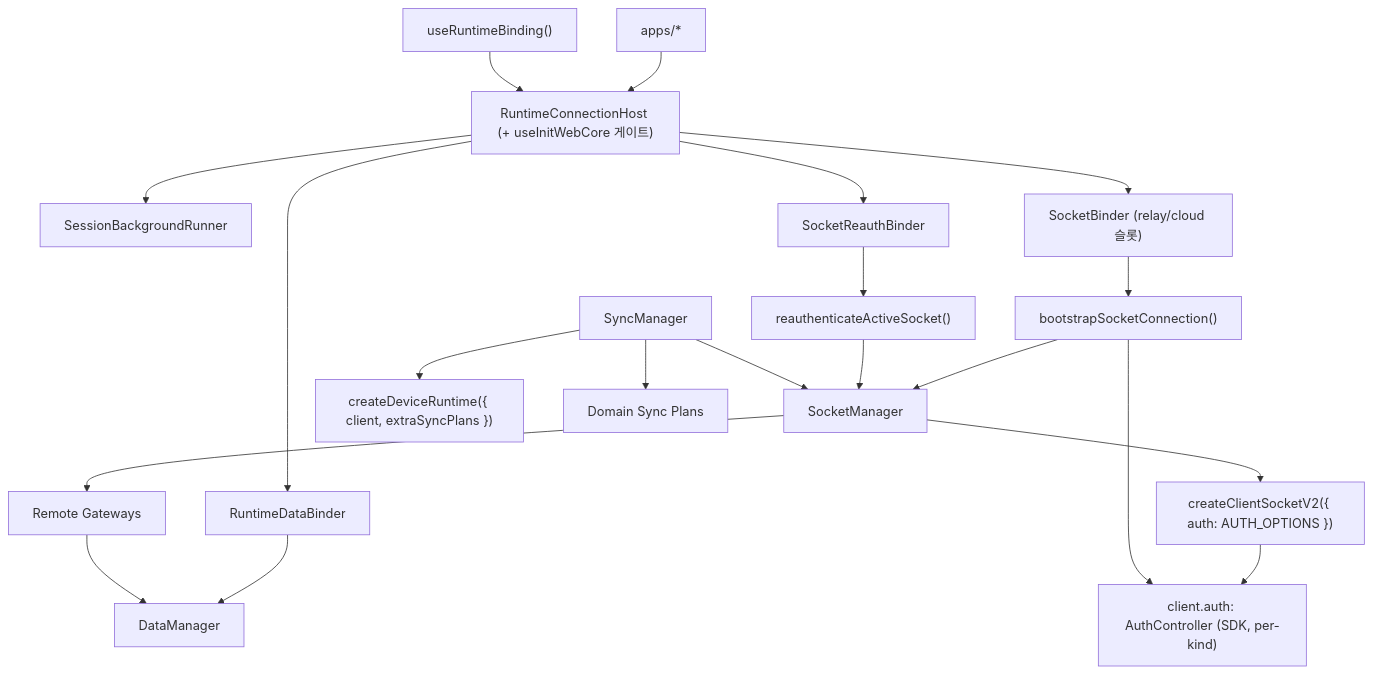
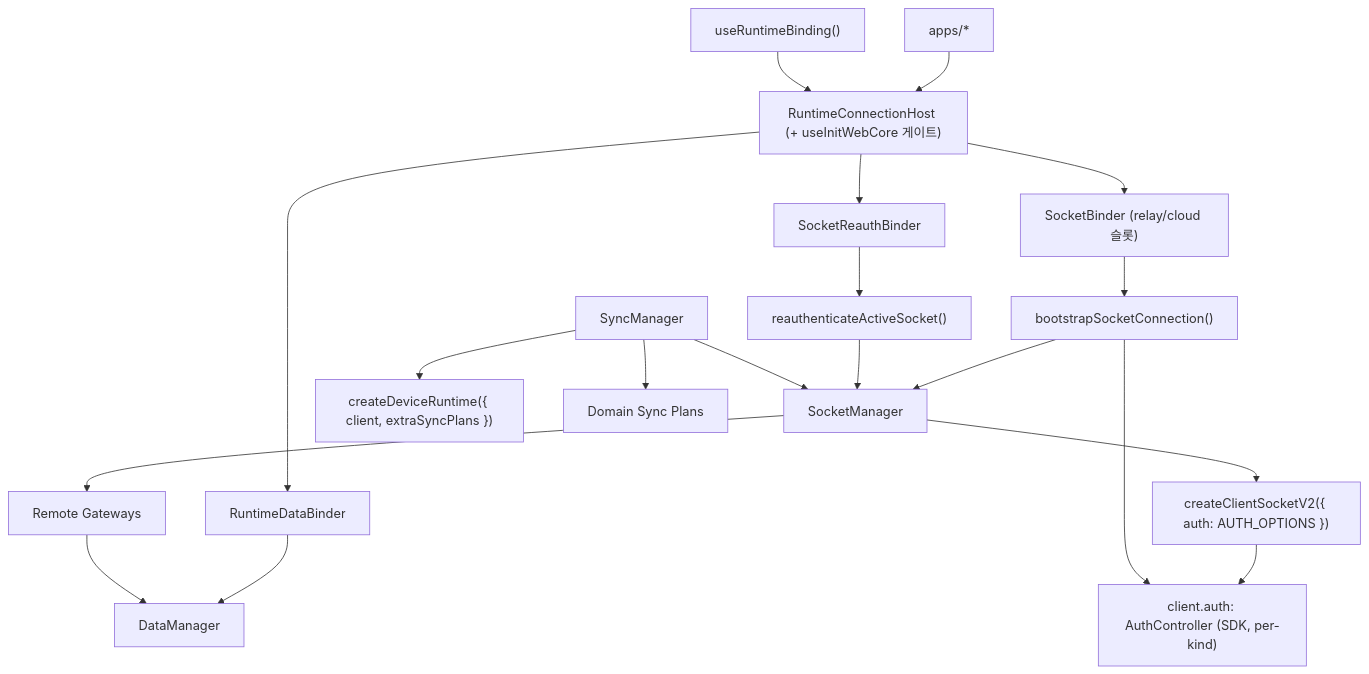
One commit to lemoncloud-io/dou-app changed the diagram in libs/app-runtime/docs/architecture.md. Above: the diagram before and after it, drawn with Mermaid. The commit also changed other lines of this file and 75 other files, not shown here.

````diff
--- a/libs/app-runtime/docs/architecture.md
+++ b/libs/app-runtime/docs/architecture.md
@@ -27,27 +27,26 @@
 ```mermaid
 flowchart TD
   App["apps/*"] --> Host["RuntimeConnectionHost (+ useInitWebCore 게이트)"]
   Binding["useRuntimeBinding()"] --> Host
 
-  Host --> Runner["SessionBackgroundRunner"]
   Host --> DataBinder["RuntimeDataBinder"]
   Host --> SocketBinder["SocketBinder (relay/cloud 슬롯)"]
   Host --> Reauth["SocketReauthBinder"]
 
   DataBinder --> DataManager["DataManager"]
   SocketBinder --> Bootstrap["bootstrapSocketConnection()"]
   Reauth --> ReauthFn["reauthenticateActiveSocket()"]
   Bootstrap --> SocketManager["SocketManager"]
   ReauthFn --> SocketManager
 
   SocketManager --> Client["createClientSocketV2({ auth: AUTH_OPTIONS })"]
   Client --> Auth["client.auth: AuthController (SDK, per-kind)"]
   Bootstrap --> Auth
 
   SyncManager["SyncManager"] --> SocketManager
   SyncManager --> DeviceRuntime["createDeviceRuntime({ client, extraSyncPlans })"]
   SyncManager --> Plans["Domain Sync Plans"]
 
   SocketManager --> Gateways["Remote Gateways"]
   Gateways --> DataManager
 ```
````
